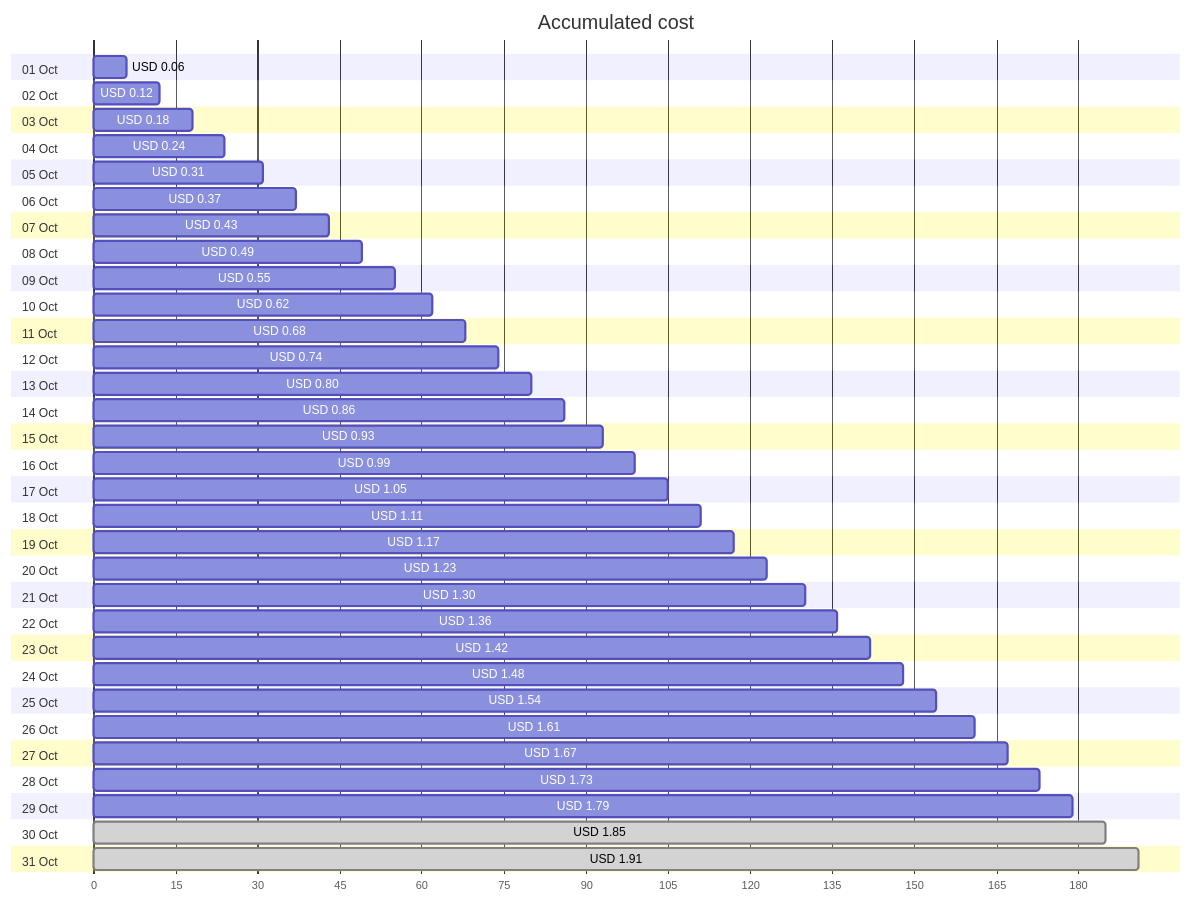
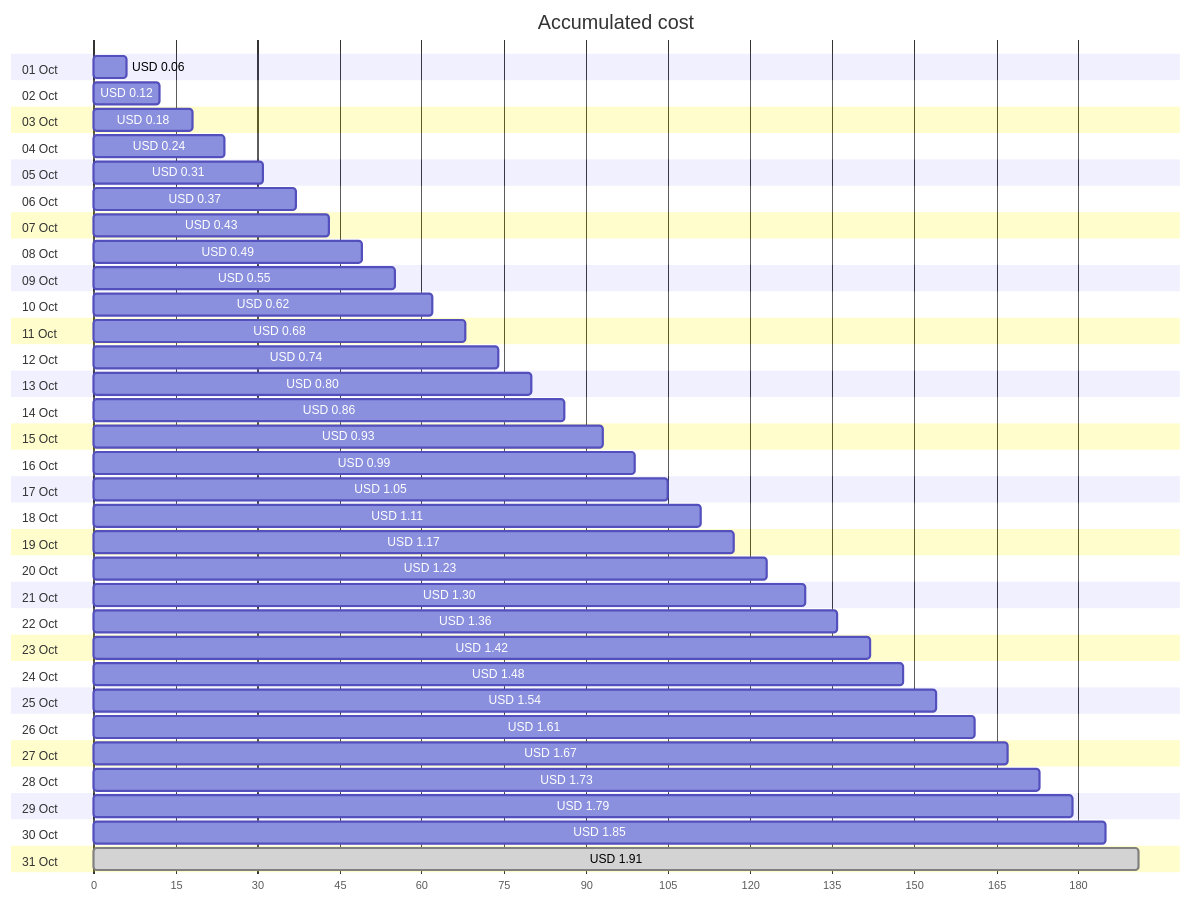
One commit to jpfulton/azure-personal-reports changed the first of 4 diagrams in cost-reports/personal-network/backup-server_OsDisk.md. Above: the diagram before and after it, drawn with Mermaid. The commit also changed other lines of this file and 8 other files, not shown here.

````diff
--- a/cost-reports/personal-network/backup-server_OsDisk.md
+++ b/cost-reports/personal-network/backup-server_OsDisk.md
@@ -20,68 +20,68 @@
 ```mermaid
 gantt
    title Accumulated cost
    dateFormat  X
    axisFormat %s
    section 01 Oct
    USD 0.06 :0, 6
    section 02 Oct
    USD 0.12 :0, 12
    section 03 Oct
    USD 0.18 :0, 18
    section 04 Oct
    USD 0.24 :0, 24
    section 05 Oct
    USD 0.31 :0, 31
    section 06 Oct
    USD 0.37 :0, 37
    section 07 Oct
    USD 0.43 :0, 43
    section 08 Oct
    USD 0.49 :0, 49
    section 09 Oct
    USD 0.55 :0, 55
    section 10 Oct
    USD 0.62 :0, 62
    section 11 Oct
    USD 0.68 :0, 68
    section 12 Oct
    USD 0.74 :0, 74
    section 13 Oct
    USD 0.80 :0, 80
    section 14 Oct
    USD 0.86 :0, 86
    section 15 Oct
    USD 0.93 :0, 93
    section 16 Oct
    USD 0.99 :0, 99
    section 17 Oct
    USD 1.05 :0, 105
    section 18 Oct
    USD 1.11 :0, 111
    section 19 Oct
    USD 1.17 :0, 117
    section 20 Oct
    USD 1.23 :0, 123
    section 21 Oct
    USD 1.30 :0, 130
    section 22 Oct
    USD 1.36 :0, 136
    section 23 Oct
    USD 1.42 :0, 142
    section 24 Oct
    USD 1.48 :0, 148
    section 25 Oct
    USD 1.54 :0, 154
    section 26 Oct
    USD 1.61 :0, 161
    section 27 Oct
    USD 1.67 :0, 167
    section 28 Oct
    USD 1.73 :0, 173
    section 29 Oct
    USD 1.79 :0, 179
    section 30 Oct
-   USD 1.85 : done, 0, 185
+   USD 1.85 :0, 185
    section 31 Oct
    USD 1.91 : done, 0, 191
 ```
````
